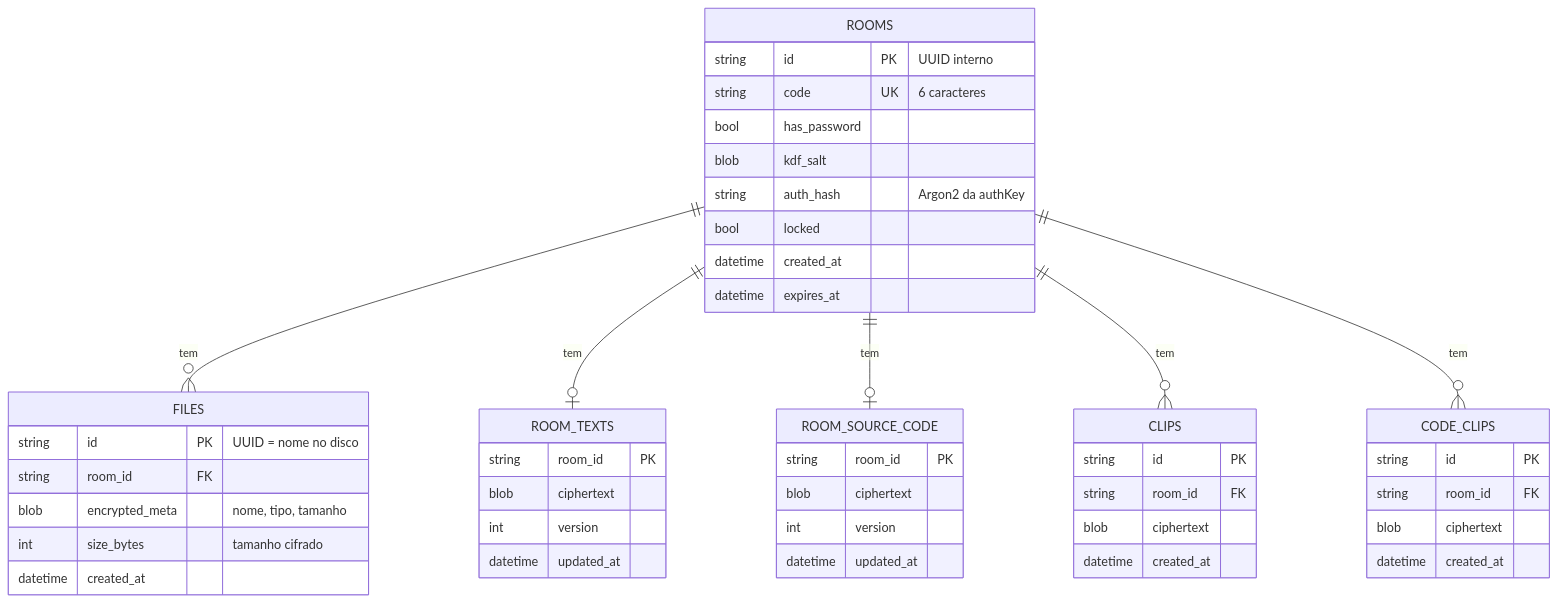
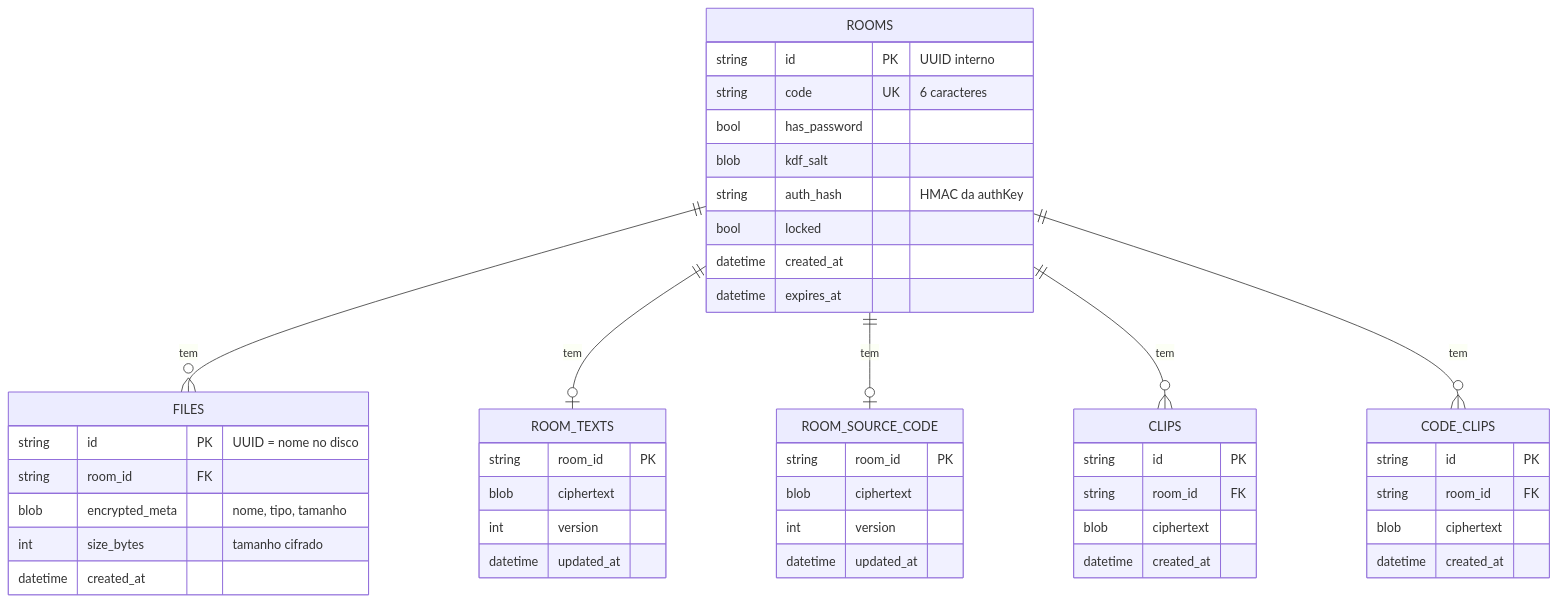
One commit to gbrielzera/QuickDrop changed the seventh of 13 diagrams in docs/VISAO.md. Above: the diagram before and after it, drawn with Mermaid. The commit also changed other lines of this file and 6 other files, not shown here.

````diff
--- a/docs/VISAO.md
+++ b/docs/VISAO.md
@@ -284,50 +284,50 @@
 ```mermaid
 erDiagram
     ROOMS ||--o{ FILES : "tem"
     ROOMS ||--o| ROOM_TEXTS : "tem"
     ROOMS ||--o| ROOM_SOURCE_CODE : "tem"
     ROOMS ||--o{ CLIPS : "tem"
     ROOMS ||--o{ CODE_CLIPS : "tem"
 
     ROOMS {
         string id PK "UUID interno"
         string code UK "6 caracteres"
         bool has_password
         blob kdf_salt
-        string auth_hash "Argon2 da authKey"
+        string auth_hash "HMAC da authKey"
         bool locked
         datetime created_at
         datetime expires_at
     }
     FILES {
         string id PK "UUID = nome no disco"
         string room_id FK
         blob encrypted_meta "nome, tipo, tamanho"
         int size_bytes "tamanho cifrado"
         datetime created_at
     }
     ROOM_TEXTS {
         string room_id PK
         blob ciphertext
         int version
         datetime updated_at
     }
     ROOM_SOURCE_CODE {
         string room_id PK
         blob ciphertext
         int version
         datetime updated_at
     }
     CLIPS {
         string id PK
         string room_id FK
         blob ciphertext
         datetime created_at
     }
     CODE_CLIPS {
         string id PK
         string room_id FK
         blob ciphertext
         datetime created_at
     }
 ```
````
